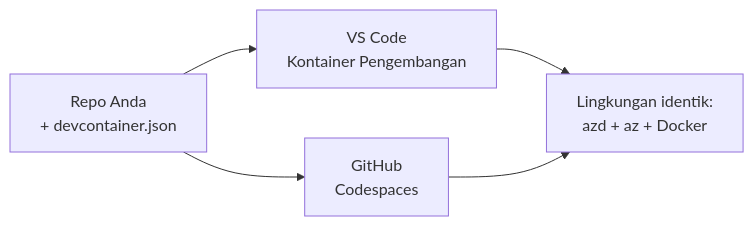
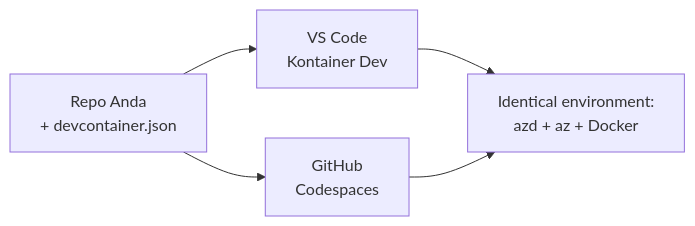
The diagram in translations/id/docs/chapter-01-foundation/dev-containers.md (microsoft/AZD-for-beginners), drawn with Mermaid before and after one commit. The commit also changed other lines of this file and 58 other files, not shown here.

````diff
--- a/translations/id/docs/chapter-01-foundation/dev-containers.md
+++ b/translations/id/docs/chapter-01-foundation/dev-containers.md
@@ -41,7 +41,7 @@
 ```mermaid
 graph LR
-    Repo[Repo Anda<br/>+ devcontainer.json] --> VSCode[VS Code<br/>Kontainer Pengembangan]
+    Repo[Repo Anda<br/>+ devcontainer.json] --> VSCode[VS Code<br/>Kontainer Dev]
     Repo --> Codespaces[GitHub<br/>Codespaces]
-    VSCode --> Env[Lingkungan identik:<br/>azd + az + Docker]
+    VSCode --> Env[Identical environment:<br/>azd + az + Docker]
     Codespaces --> Env
 ```
````
